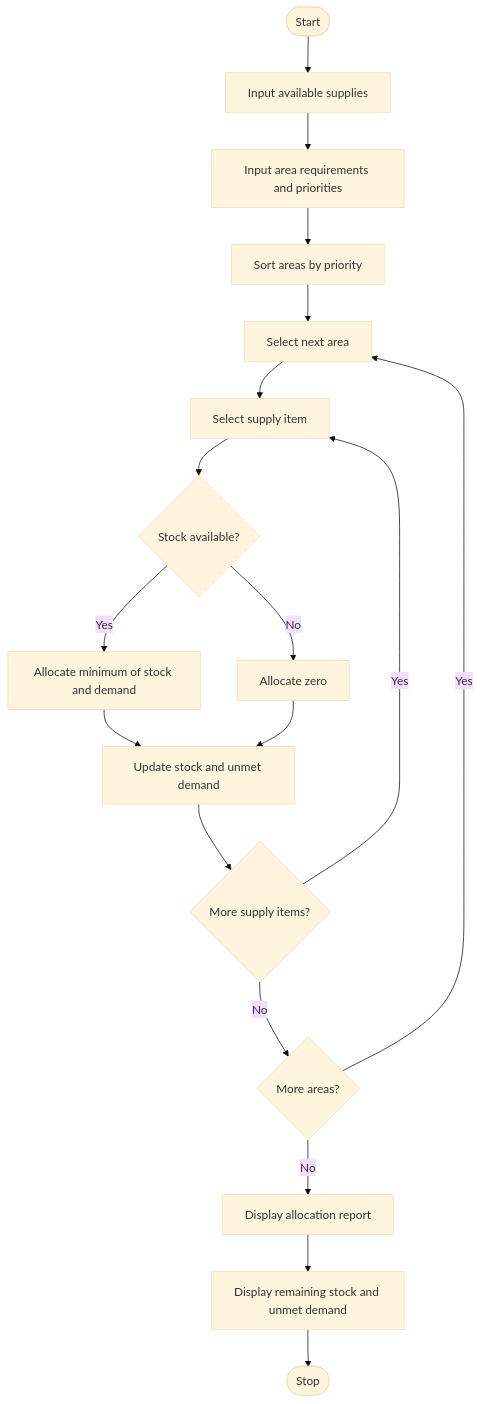
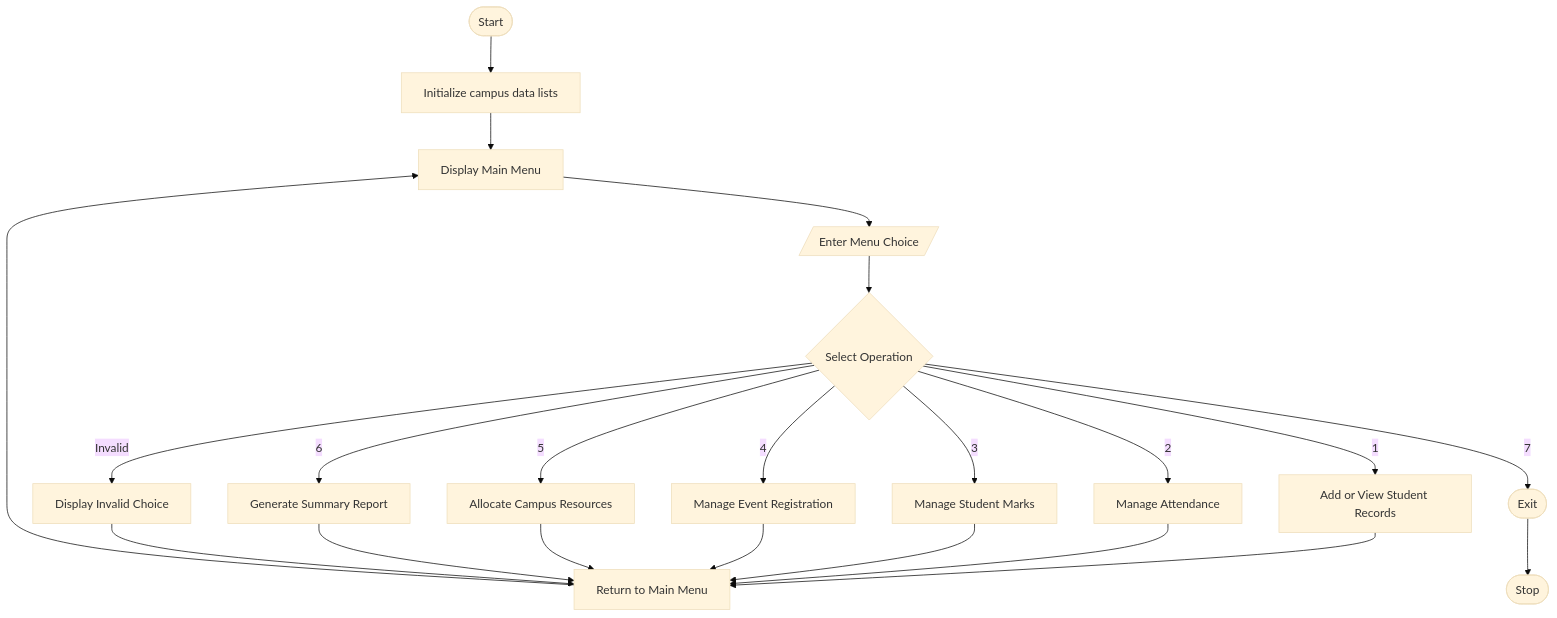
The diagram in task9/code.md (charishma2009/PYTHON-ACTIVITY-BASED-LEARNING), drawn with Mermaid (base theme) before and after one commit. The commit also changed other lines of this file, not shown here.

````diff
--- a/task9/code.md
+++ b/task9/code.md
@@ -37,21 +58,29 @@
 ```mermaid
 
 flowchart TD
-    A([Start]) --> B[Input available supplies]
-    B --> C[Input area requirements and priorities]
-    C --> D[Sort areas by priority]
-    D --> E[Select next area]
-    E --> F[Select supply item]
-    F --> G{Stock available?}
-    G -- Yes --> H[Allocate minimum of stock and demand]
-    G -- No --> I[Allocate zero]
-    H --> J[Update stock and unmet demand]
-    I --> J
-    J --> K{More supply items?}
-    K -- Yes --> F
-    K -- No --> L{More areas?}
-    L -- Yes --> E
-    L -- No --> M[Display allocation report]
-    M --> N[Display remaining stock and unmet demand]
-    N --> O([Stop])
+    A([Start]) --> B[Initialize campus data lists]
+    B --> C[Display Main Menu]
+    C --> D[/Enter Menu Choice/]
+
+    D --> E{Select Operation}
+
+    E -->|1| F[Add or View Student Records]
+    E -->|2| G[Manage Attendance]
+    E -->|3| H[Manage Student Marks]
+    E -->|4| I[Manage Event Registration]
+    E -->|5| J[Allocate Campus Resources]
+    E -->|6| K[Generate Summary Report]
+    E -->|7| L([Exit])
+    E -->|Invalid| M[Display Invalid Choice]
+
+    F --> N[Return to Main Menu]
+    G --> N
+    H --> N
+    I --> N
+    J --> N
+    K --> N
+    M --> N
+
+    N --> C
+    L --> O([Stop])
 ```
````
